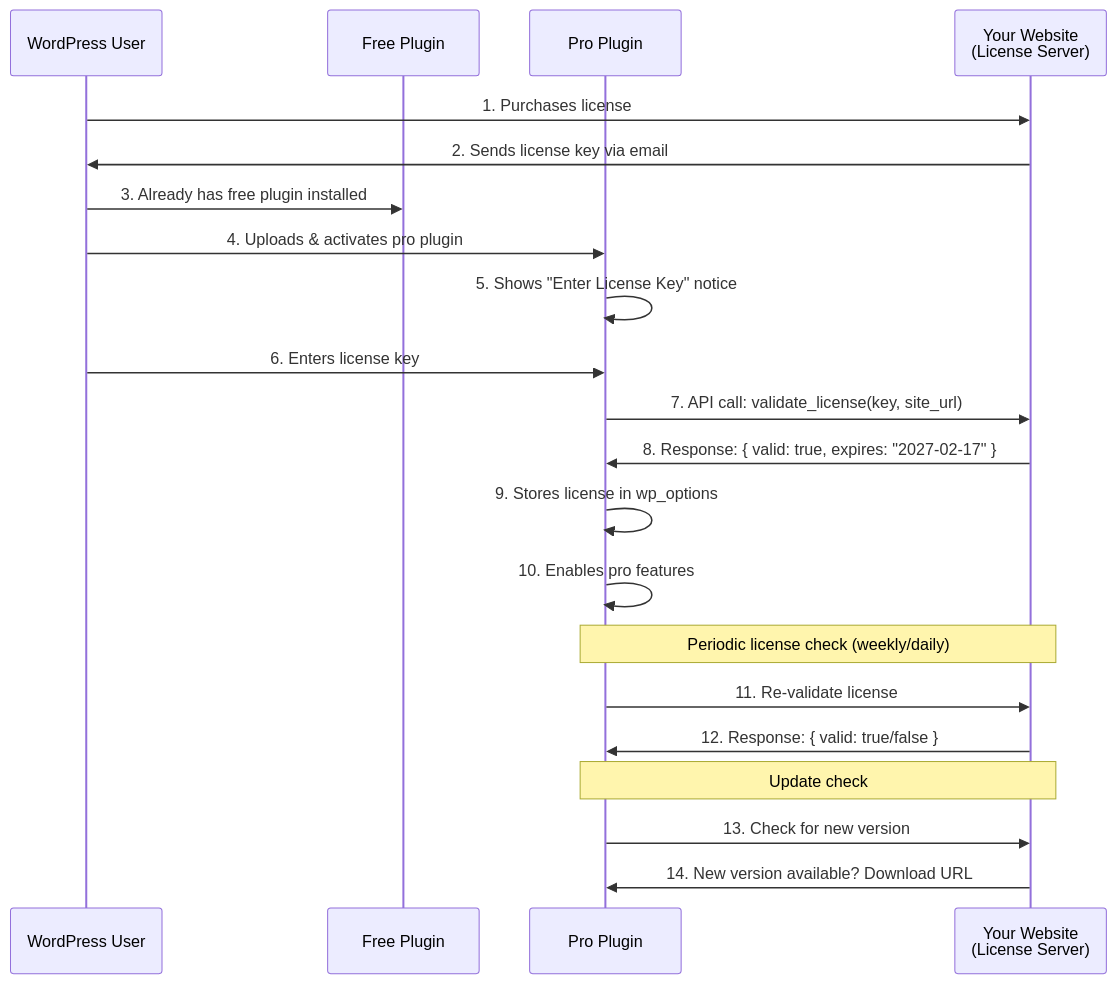
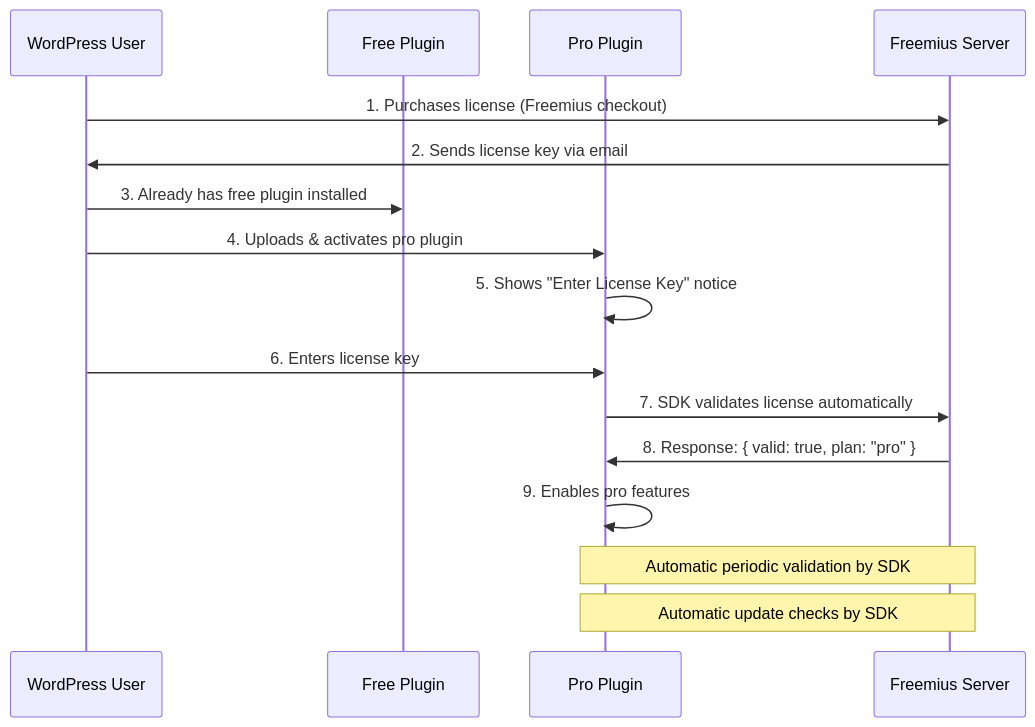
One commit to Nethsara14/gslider-blocks changed the diagram in log/pro-plugin-architecture/04-license-management.md. Above: the diagram before and after it, drawn with Mermaid. The commit also changed other lines of this file, not shown here.

Commit message:
docs: update license management to Freemius only

````diff
--- a/log/pro-plugin-architecture/04-license-management.md
+++ b/log/pro-plugin-architecture/04-license-management.md
@@ -71,30 +30,24 @@
 ```mermaid
 sequenceDiagram
     participant User as WordPress User
     participant Free as Free Plugin
     participant Pro as Pro Plugin
-    participant Server as Your Website<br/>(License Server)
-    
-    User->>Server: 1. Purchases license
-    Server->>User: 2. Sends license key via email
-    
+    participant FS as Freemius Server
+
+    User->>FS: 1. Purchases license (Freemius checkout)
+    FS->>User: 2. Sends license key via email
+
     User->>Free: 3. Already has free plugin installed
     User->>Pro: 4. Uploads & activates pro plugin
-    
+
     Pro->>Pro: 5. Shows "Enter License Key" notice
     User->>Pro: 6. Enters license key
-    
-    Pro->>Server: 7. API call: validate_license(key, site_url)
-    Server->>Pro: 8. Response: { valid: true, expires: "2027-02-17" }
-    
-    Pro->>Pro: 9. Stores license in wp_options
-    Pro->>Pro: 10. Enables pro features
-    
-    Note over Pro,Server: Periodic license check (weekly/daily)
-    Pro->>Server: 11. Re-validate license
-    Server->>Pro: 12. Response: { valid: true/false }
-    
-    Note over Pro,Server: Update check
-    Pro->>Server: 13. Check for new version
-    Server->>Pro: 14. New version available? Download URL
+
+    Pro->>FS: 7. SDK validates license automatically
+    FS->>Pro: 8. Response: { valid: true, plan: "pro" }
+
+    Pro->>Pro: 9. Enables pro features
+
+    Note over Pro,FS: Automatic periodic validation by SDK
+    Note over Pro,FS: Automatic update checks by SDK
 ```
````
